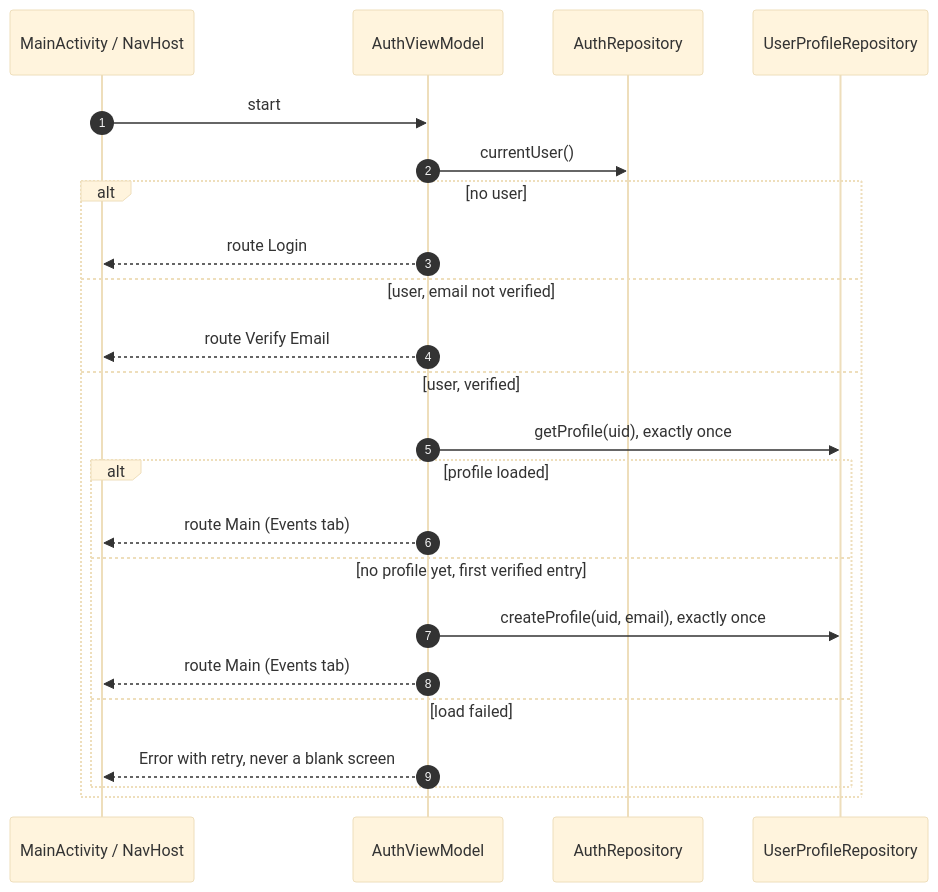
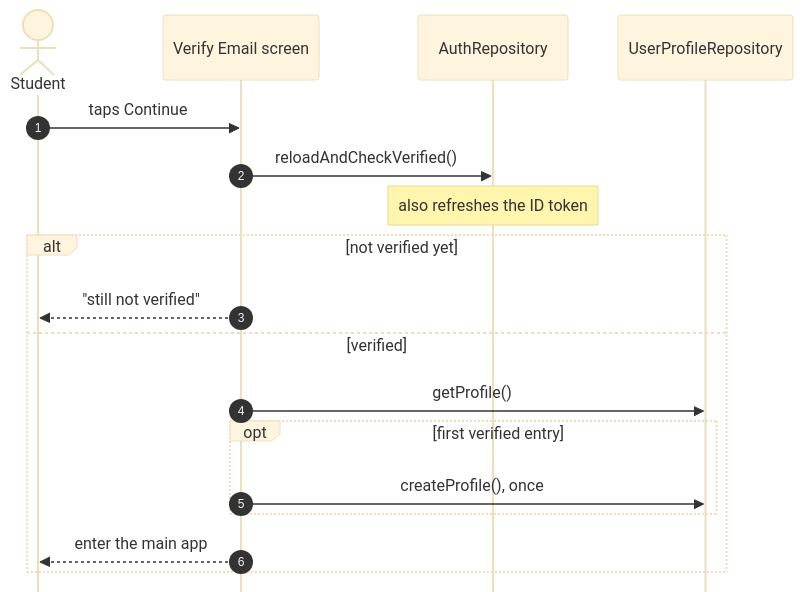
Before and after one commit to swent-polysocial/PolySocial: the seventh of 11 diagrams in docs/Architecture-Diagram.md, drawn with Mermaid (base theme). The commit also changed other lines of this file, not shown here.

First line of the commit message:
docs: simplify key flows and data model

````diff
--- a/docs/Architecture-Diagram.md
+++ b/docs/Architecture-Diagram.md
@@ -416,26 +397,21 @@
 ```mermaid
+%%{init: {"sequence": {"mirrorActors": false, "actorFontSize": 15, "messageFontSize": 15, "noteFontSize": 14}}}%%
 sequenceDiagram
   autonumber
-  participant App as MainActivity / NavHost
-  participant VM as AuthViewModel
+  actor S as Student
+  participant App as Verify Email screen
   participant AR as AuthRepository
   participant PR as UserProfileRepository
-
-  App->>VM: start
-  VM->>AR: currentUser()
-  alt no user
-    VM-->>App: route Login
-  else user, email not verified
-    VM-->>App: route Verify Email
-  else user, verified
-    VM->>PR: getProfile(uid), exactly once
-    alt profile loaded
-      VM-->>App: route Main (Events tab)
-    else no profile yet, first verified entry
-      VM->>PR: createProfile(uid, email), exactly once
-      VM-->>App: route Main (Events tab)
-    else load failed
-      VM-->>App: Error with retry, never a blank screen
+  S->>App: taps Continue
+  App->>AR: reloadAndCheckVerified()
+  Note over AR: also refreshes the ID token
+  alt not verified yet
+    App-->>S: "still not verified"
+  else verified
+    App->>PR: getProfile()
+    opt first verified entry
+      App->>PR: createProfile(), once
     end
+    App-->>S: enter the main app
   end
 ```
````
